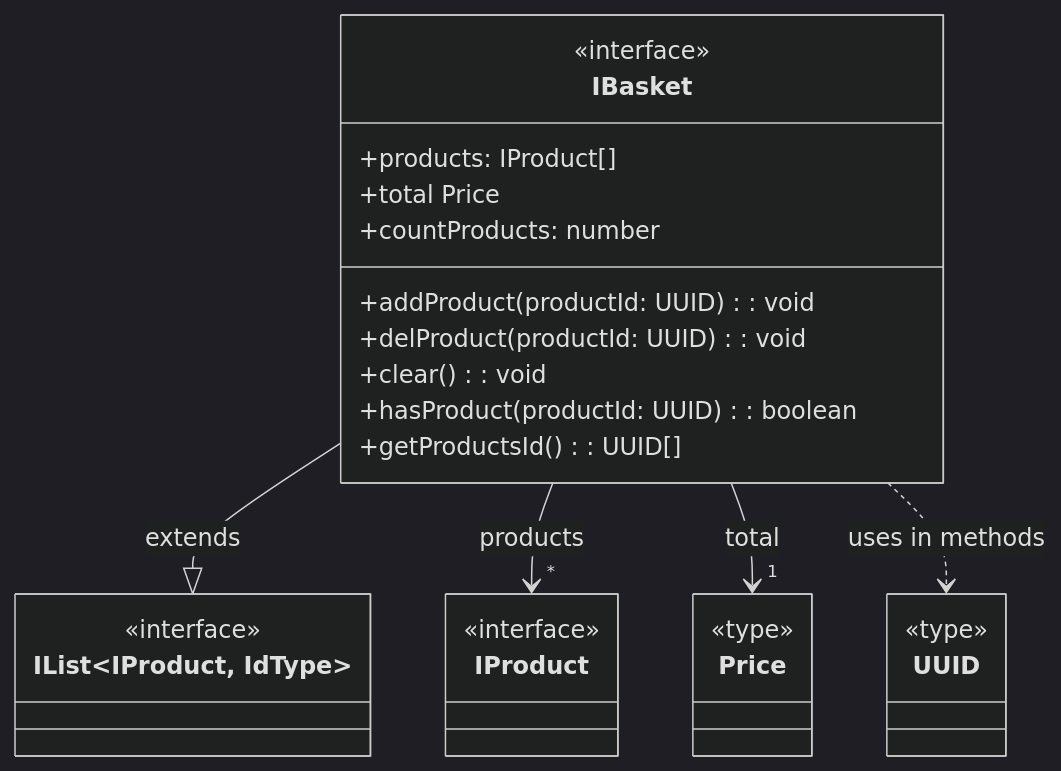
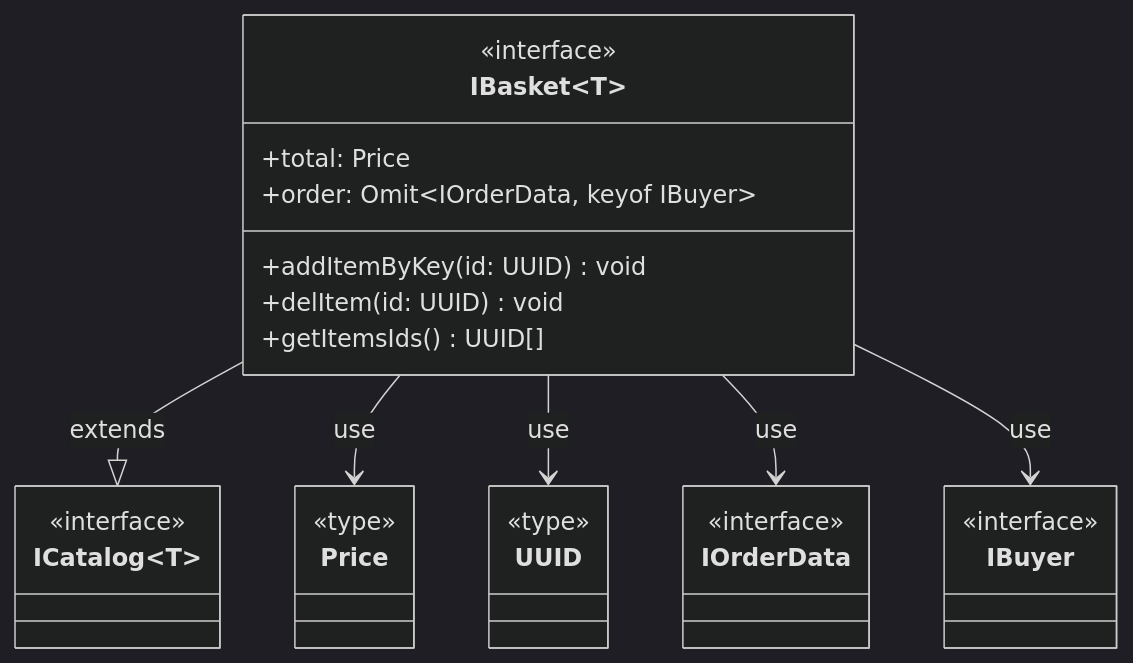
Before and after one commit to vvk2020/weblarek: the ninth of 15 diagrams in README.md, drawn with Mermaid (dark theme). The commit also changed other lines of this file and 5 other files, not shown here.

````diff
--- a/README.md
+++ b/README.md
@@ -452,35 +392,37 @@
 ```mermaid
 classDiagram
-    class IBasket {
+    class IBasket~T~ {
         <<interface>>
-        +products: IProduct[]
-        +total Price
-        +countProducts: number
-        +addProduct(productId: UUID): void
-        +delProduct(productId: UUID): void
-        +clear(): void
-        +hasProduct(productId: UUID): boolean
-        +getProductsId(): UUID[]
+        +total: Price
+        +order: Omit~IOrderData, keyof IBuyer~
+        +addItemByKey(id: UUID) void
+        +delItem(id: UUID) void
+        +getItemsIds() UUID[]
     }
 
-    class IList~IProduct, IdType~ {
+    class ICatalog~T~ {
         <<interface>>
     }
 
-    class IProduct {
-        <<interface>>
+    class Price {
+        <<type>>
     }
 
     class UUID {
         <<type>>
     }
 
-    class Price {
-        <<type>>
+    class IOrderData {
+        <<interface>>
     }
 
-    IBasket --|> IList~IProduct, IdType~ : extends
-    IBasket --> "*" IProduct : products
-    IBasket --> "1" Price : total
-    IBasket ..> UUID : uses in methods
+    class IBuyer {
+        <<interface>>
+    }
+
+    IBasket --|> ICatalog : extends
+    IBasket --> Price : use
+    IBasket --> UUID : use
+    IBasket --> IOrderData : use
+    IBasket --> IBuyer : use
 ```
````
